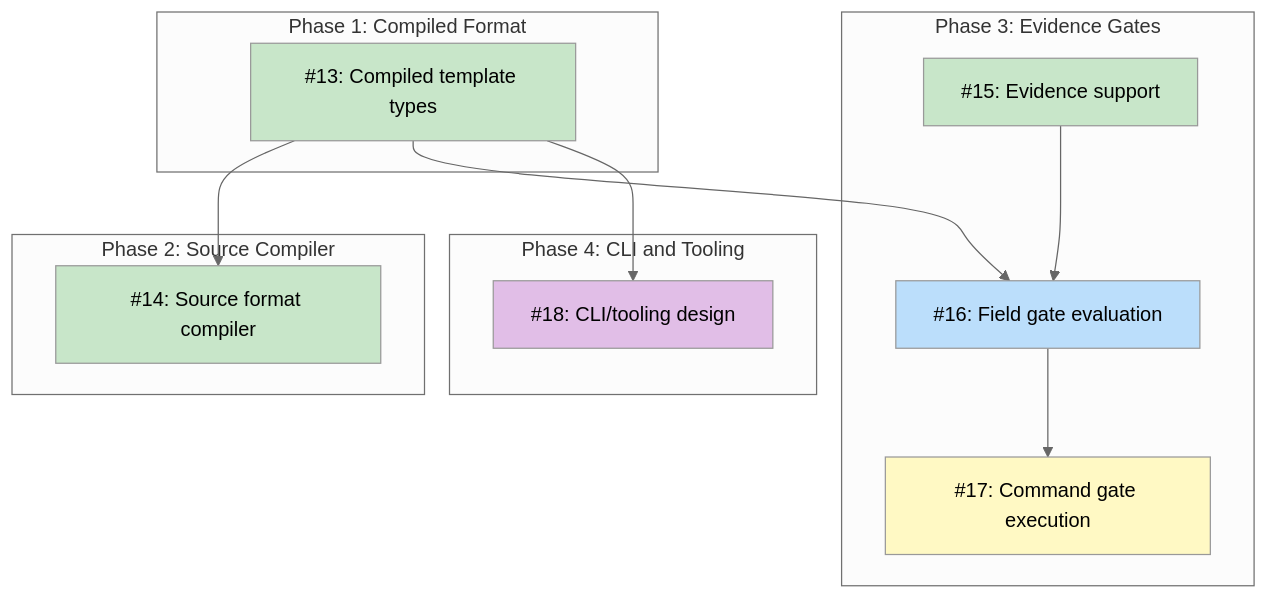
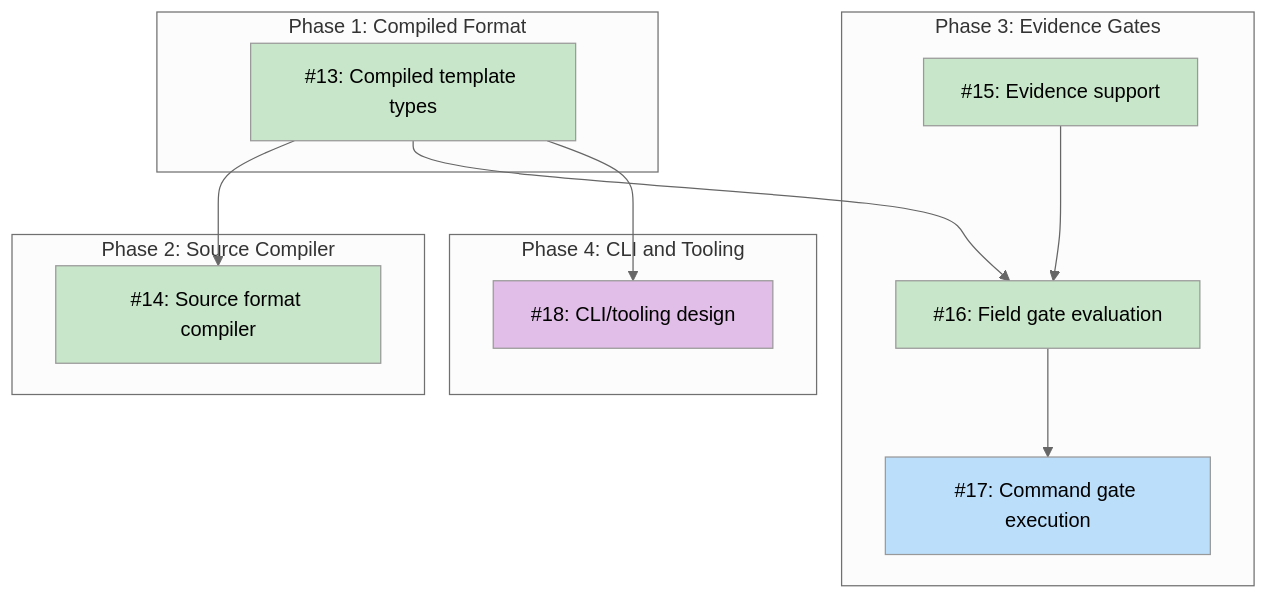
One commit to tsukumogami/koto changed the diagram in docs/designs/DESIGN-koto-template-format.md. Above: the diagram before and after it, drawn with Mermaid (neutral theme). The commit also changed other lines of this file and 2 other files, not shown here.

Commit message:
chore: mark issue #16 complete in design doc and test plan

````diff
--- a/docs/designs/DESIGN-koto-template-format.md
+++ b/docs/designs/DESIGN-koto-template-format.md
@@ -51,37 +51,36 @@
 ```mermaid
 graph TD
     subgraph Phase1["Phase 1: Compiled Format"]
         I13["#13: Compiled template types"]
     end
 
     subgraph Phase2["Phase 2: Source Compiler"]
         I14["#14: Source format compiler"]
     end
 
     subgraph Phase3["Phase 3: Evidence Gates"]
         I15["#15: Evidence support"]
         I16["#16: Field gate evaluation"]
         I17["#17: Command gate execution"]
     end
 
     subgraph Phase4["Phase 4: CLI and Tooling"]
         I18["#18: CLI/tooling design"]
     end
 
     I13 --> I14
     I13 --> I16
     I13 --> I18
     I15 --> I16
     I16 --> I17
 
     classDef done fill:#c8e6c9
     classDef ready fill:#bbdefb
     classDef blocked fill:#fff9c4
     classDef needsDesign fill:#e1bee7
     classDef tracksDesign fill:#FFE0B2,stroke:#F57C00,color:#000
 
-    class I13,I14,I15 done
-    class I16 ready
-    class I17 blocked
+    class I13,I14,I15,I16 done
+    class I17 ready
     class I18 needsDesign
 ```
````
